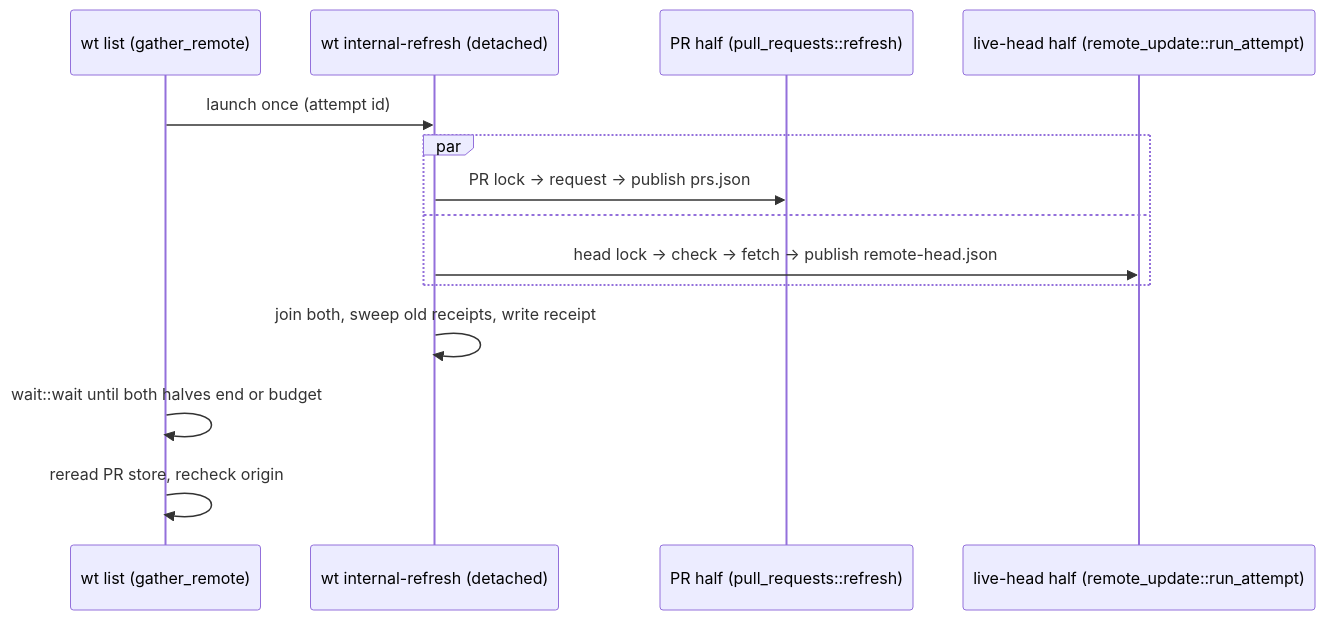
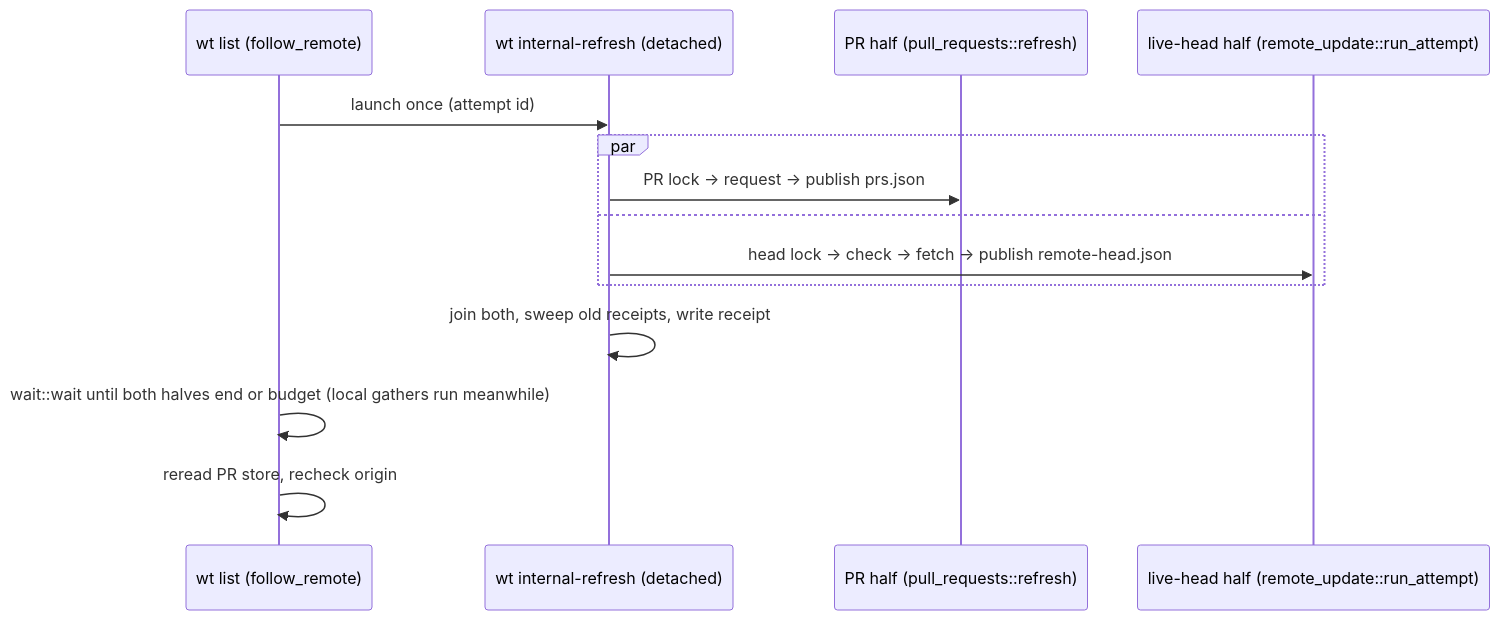
The diagram in .claude/skills/worktree/list-remote.md (yankeeinlondon/rusty-biscuit), drawn with Mermaid before and after one commit. The commit also changed other lines of this file and 7 other files, not shown here.

````diff
--- a/.claude/skills/worktree/list-remote.md
+++ b/.claude/skills/worktree/list-remote.md
@@ -7,16 +7,16 @@
 ```mermaid
 sequenceDiagram
-  participant L as wt list (gather_remote)
+  participant L as wt list (follow_remote)
   participant W as wt internal-refresh (detached)
   participant P as PR half (pull_requests::refresh)
   participant H as live-head half (remote_update::run_attempt)
   L->>W: launch once (attempt id)
   par
     W->>P: PR lock → request → publish prs.json
   and
     W->>H: head lock → check → fetch → publish remote-head.json
   end
   W->>W: join both, sweep old receipts, write receipt
-  L->>L: wait::wait until both halves end or budget
+  L->>L: wait::wait until both halves end or budget (local gathers run meanwhile)
   L->>L: reread PR store, recheck origin
 ```
````
